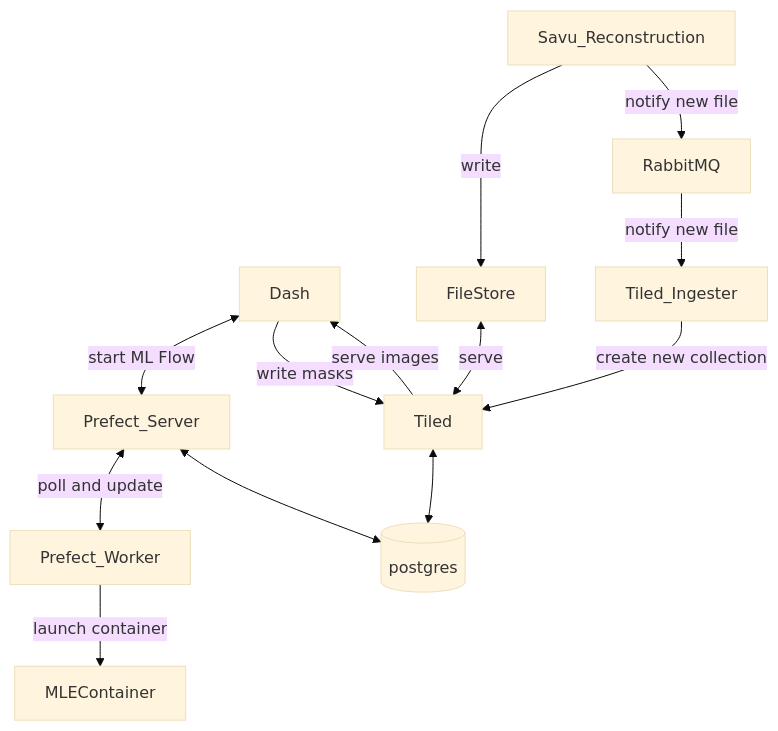
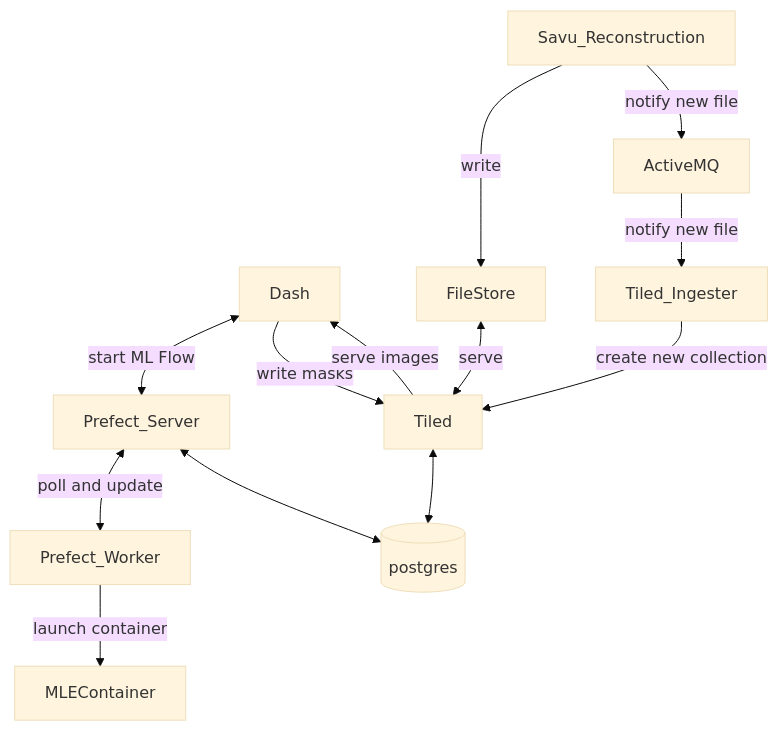
Before and after one commit to mlexchange/mlex_tomo_framework: the diagram in README.md, drawn with Mermaid (base theme). The commit also changed other lines of this file, not shown here.

Commit message:
Changed RabbitMQ to ActiveMQ

````diff
--- a/README.md
+++ b/README.md
@@ -10,15 +10,15 @@
 ```mermaid
 graph TD;
     Dash<-- start ML Flow -->Prefect_Server;
     Dash-- write masks -->Tiled;
     Tiled-- serve images -->Dash;
     Prefect_Server<-- poll and update -->Prefect_Worker;
     Prefect_Server<-->postgres[(postgres)];
     Prefect_Worker-- launch container -->MLEContainer;
     Tiled<-->postgres;
     FileStore<-- serve -->Tiled;
     Savu_Reconstruction-- write-->FileStore;
-    Savu_Reconstruction-- notify new file-->RabbitMQ;
-    RabbitMQ-- notify new file-->Tiled_Ingester;
+    Savu_Reconstruction-- notify new file-->ActiveMQ;
+    ActiveMQ-- notify new file-->Tiled_Ingester;
     Tiled_Ingester-- create new collection-->Tiled;
 ```
````
